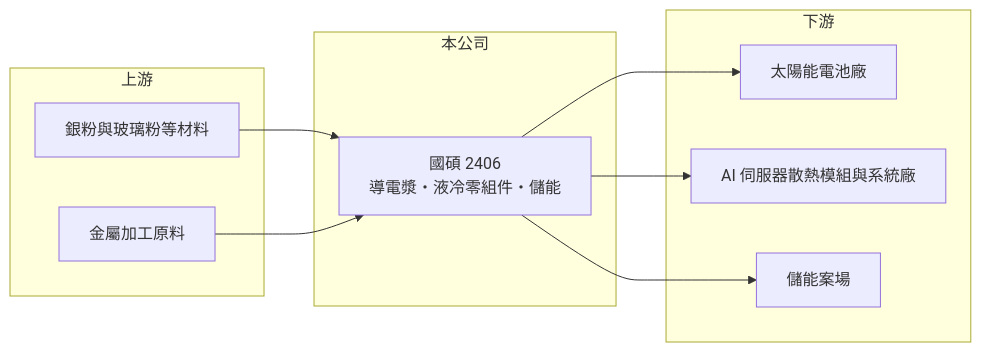
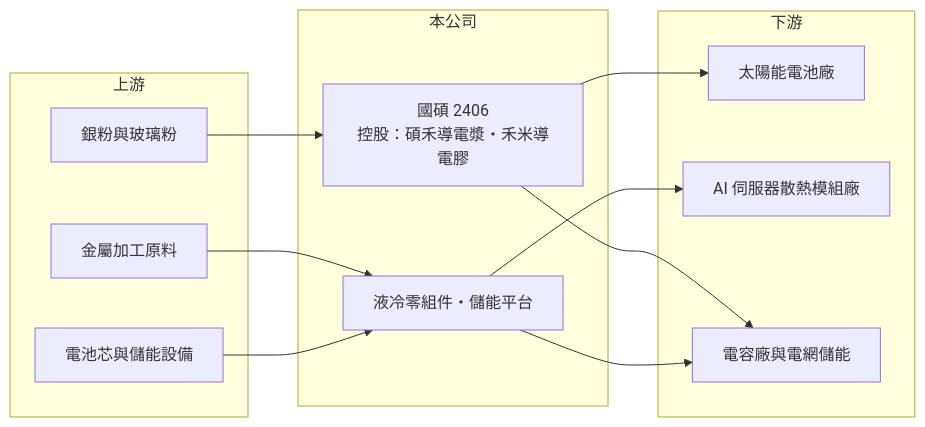
The diagram in 個股/台股/2406國碩.md (wangnick1004/taiwan-stock-vault), drawn with Mermaid before and after one commit. The commit also changed other lines of this file and 10 other files, not shown here.

````diff
--- a/個股/台股/2406國碩.md
+++ b/個股/台股/2406國碩.md
@@ -85,20 +100,24 @@
 ```mermaid
 flowchart LR
     subgraph 上游
-        A1["銀粉與玻璃粉等材料"]
-        A2["金屬加工原料"]
+        A1[銀粉與玻璃粉]
+        A2[金屬加工原料]
+        A3[電池芯與儲能設備]
     end
     subgraph 本公司
-        B["國碩 2406<br/>導電漿・液冷零組件・儲能"]
+        B[國碩 2406<br/>控股：碩禾導電漿・禾米導電膠]
+        B2[液冷零組件・儲能平台]
     end
     subgraph 下游
-        C1["太陽能電池廠"]
-        C2["AI 伺服器散熱模組與系統廠"]
-        C3["儲能案場"]
+        C1[太陽能電池廠]
+        C2[AI 伺服器散熱模組廠]
+        C3[電容廠與電網儲能]
     end
     A1 --> B
-    A2 --> B
+    A2 --> B2
+    A3 --> B2
     B --> C1
-    B --> C2
     B --> C3
+    B2 --> C2
+    B2 --> C3
 ```
````
